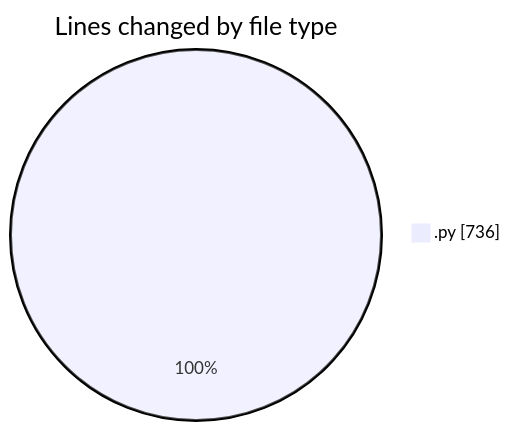
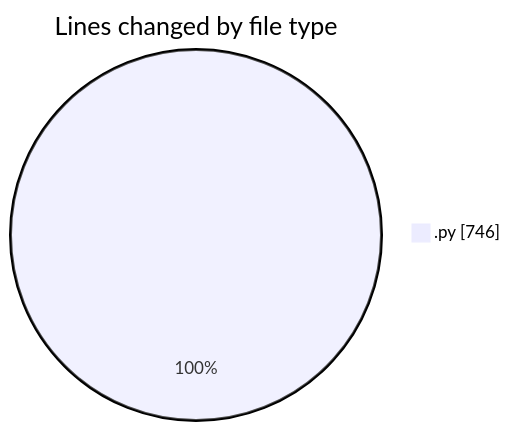
One commit to julien-gomy/code-tracking changed the first of 2 diagrams in 2025-10-22/eventscop-api-guide__workspace_/README.md. Above: the diagram before and after it, drawn with Mermaid. The commit also changed other lines of this file and 1 other file, not shown here.

````diff
--- a/2025-10-22/eventscop-api-guide__workspace_/README.md
+++ b/2025-10-22/eventscop-api-guide__workspace_/README.md
@@ -34,5 +34,5 @@
 ```mermaid
 pie showData
 title Lines changed by file type
-".py" : 736
+".py" : 746
 ```
````
